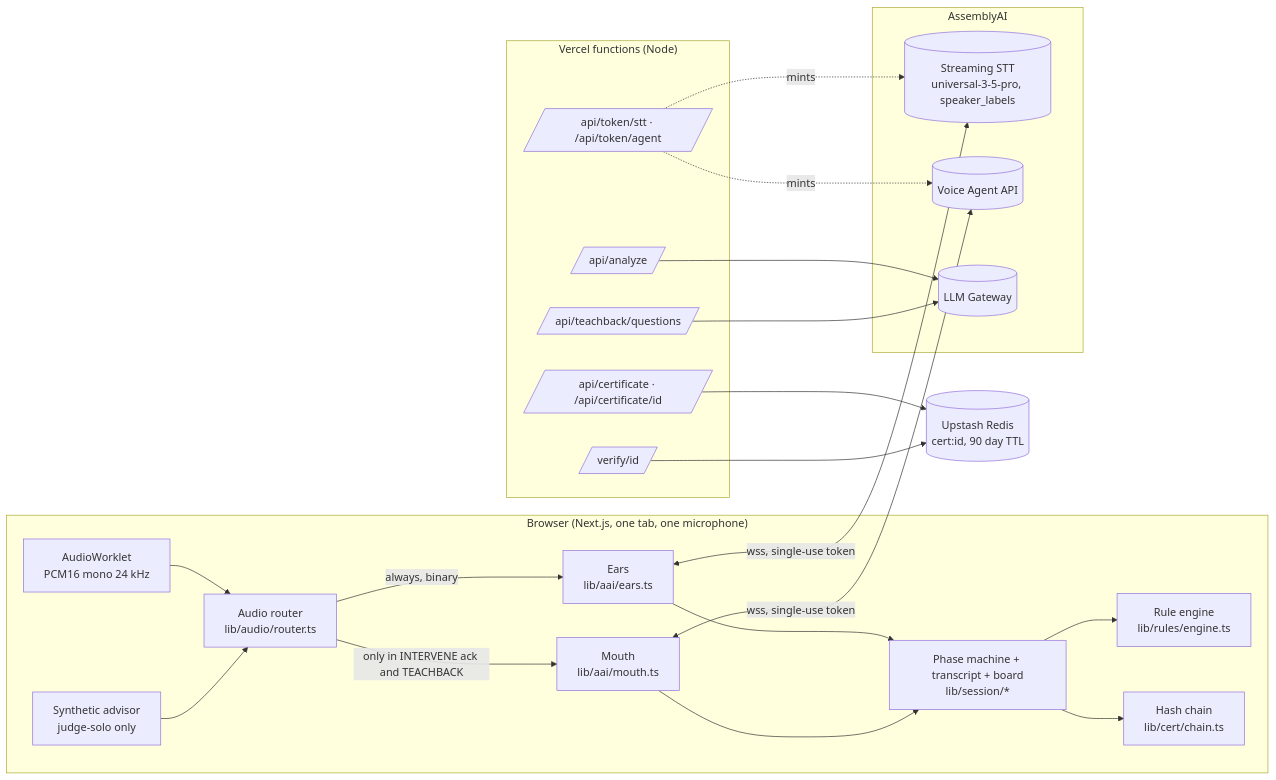
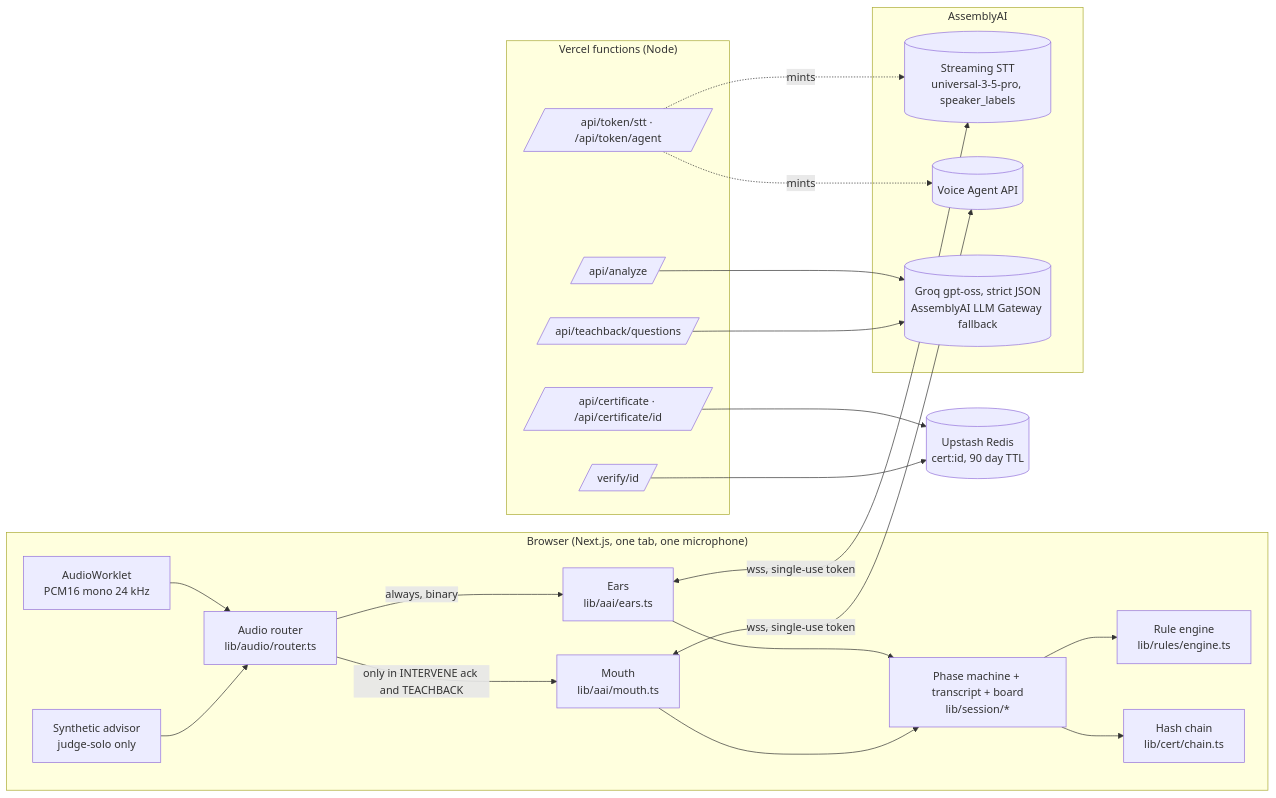
Before and after one commit to MONSTERBOY110/Saakshi: the diagram in docs/ARCHITECTURE.md, drawn with Mermaid. The commit also changed other lines of this file and 20 other files, not shown here.

````diff
--- a/docs/ARCHITECTURE.md
+++ b/docs/ARCHITECTURE.md
@@ -7,34 +7,34 @@
 ```mermaid
 flowchart LR
   subgraph Browser["Browser (Next.js, one tab, one microphone)"]
     MIC[AudioWorklet<br/>PCM16 mono 24 kHz] --> ROUTER[Audio router<br/>lib/audio/router.ts]
     SYN[Synthetic advisor<br/>judge-solo only] --> ROUTER
     ROUTER -->|always, binary| EARS[Ears<br/>lib/aai/ears.ts]
     ROUTER -->|only in INTERVENE ack and TEACHBACK| MOUTH[Mouth<br/>lib/aai/mouth.ts]
     EARS --> MACHINE[Phase machine + transcript + board<br/>lib/session/*]
     MOUTH --> MACHINE
     MACHINE --> RULES[Rule engine<br/>lib/rules/engine.ts]
     MACHINE --> CHAIN[Hash chain<br/>lib/cert/chain.ts]
   end
   subgraph Vercel["Vercel functions (Node)"]
     TOK[/api/token/stt · /api/token/agent/]
     ANALYZE[/api/analyze/]
     QUESTIONS[/api/teachback/questions/]
     CERT[/api/certificate · /api/certificate/id/]
     VERIFY[/verify/id/]
   end
   subgraph AAI["AssemblyAI"]
     STT[(Streaming STT<br/>universal-3-5-pro, speaker_labels)]
     VA[(Voice Agent API)]
-    LLM[(LLM Gateway)]
+    LLM[(Groq gpt-oss, strict JSON<br/>AssemblyAI LLM Gateway fallback)]
   end
   KV[(Upstash Redis<br/>cert:id, 90 day TTL)]
   EARS <-->|wss, single-use token| STT
   MOUTH <-->|wss, single-use token| VA
   ANALYZE --> LLM
   QUESTIONS --> LLM
   CERT --> KV
   VERIFY --> KV
   TOK -.mints.-> STT
   TOK -.mints.-> VA
 ```
````
